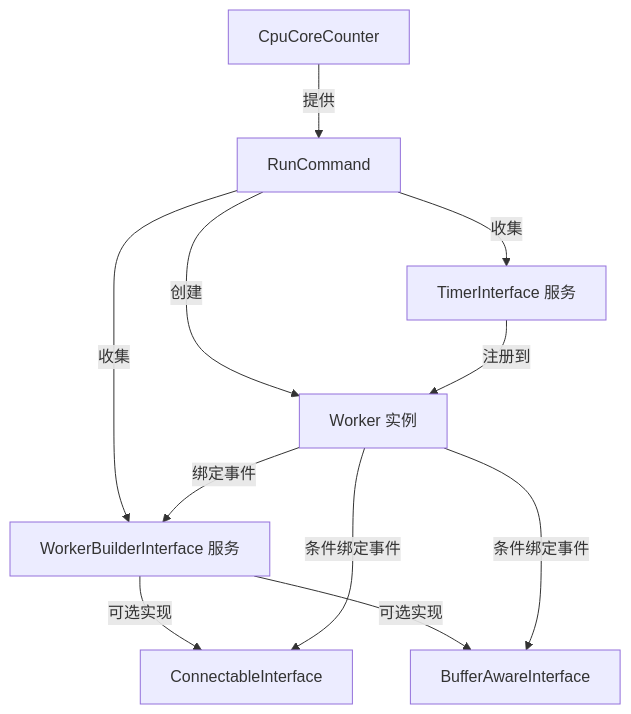
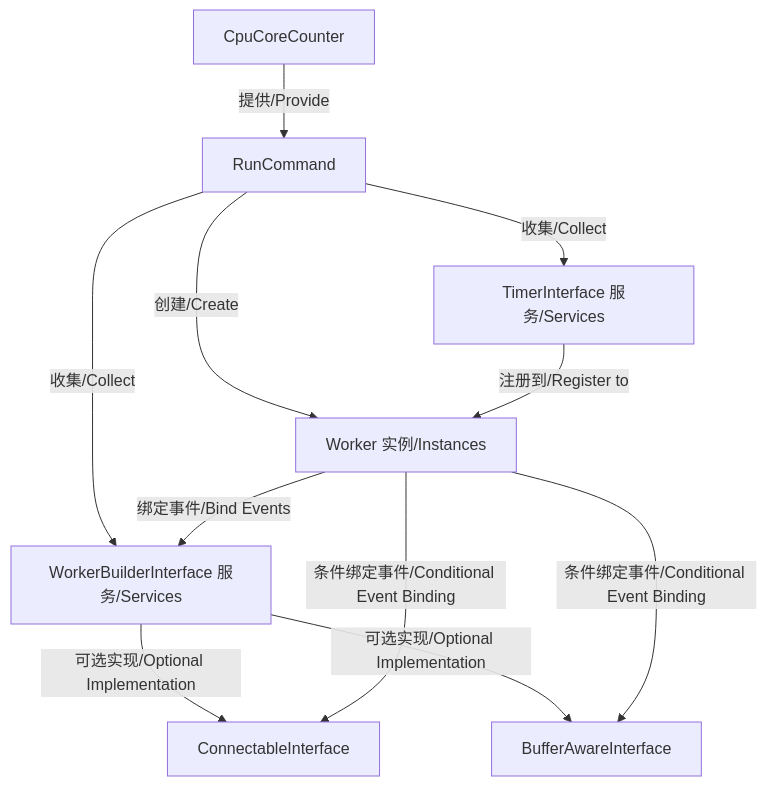
One commit to loveyu/symfony-workerman-bundle changed the diagram in README.md. Above: the diagram before and after it, drawn with Mermaid. The commit also changed other lines of this file, not shown here.

````diff
--- a/README.md
+++ b/README.md
@@ -65,13 +67,13 @@
 ```mermaid
 graph TD
-    A[RunCommand] -->|收集| B[WorkerBuilderInterface 服务]
-    A -->|收集| T[TimerInterface 服务]
-    B -->|可选实现| C[ConnectableInterface]
-    B -->|可选实现| D[BufferAwareInterface]
-    A -->|创建| E[Worker 实例]
-    E -->|绑定事件| B
-    E -->|条件绑定事件| C
-    E -->|条件绑定事件| D
-    T -->|注册到| E
-    F[CpuCoreCounter] -->|提供| A
+    A[RunCommand] -->|收集/Collect| B[WorkerBuilderInterface 服务/Services]
+    A -->|收集/Collect| T[TimerInterface 服务/Services]
+    B -->|可选实现/Optional Implementation| C[ConnectableInterface]
+    B -->|可选实现/Optional Implementation| D[BufferAwareInterface]
+    A -->|创建/Create| E[Worker 实例/Instances]
+    E -->|绑定事件/Bind Events| B
+    E -->|条件绑定事件/Conditional Event Binding| C
+    E -->|条件绑定事件/Conditional Event Binding| D
+    T -->|注册到/Register to| E
+    F[CpuCoreCounter] -->|提供/Provide| A
 ```
````
